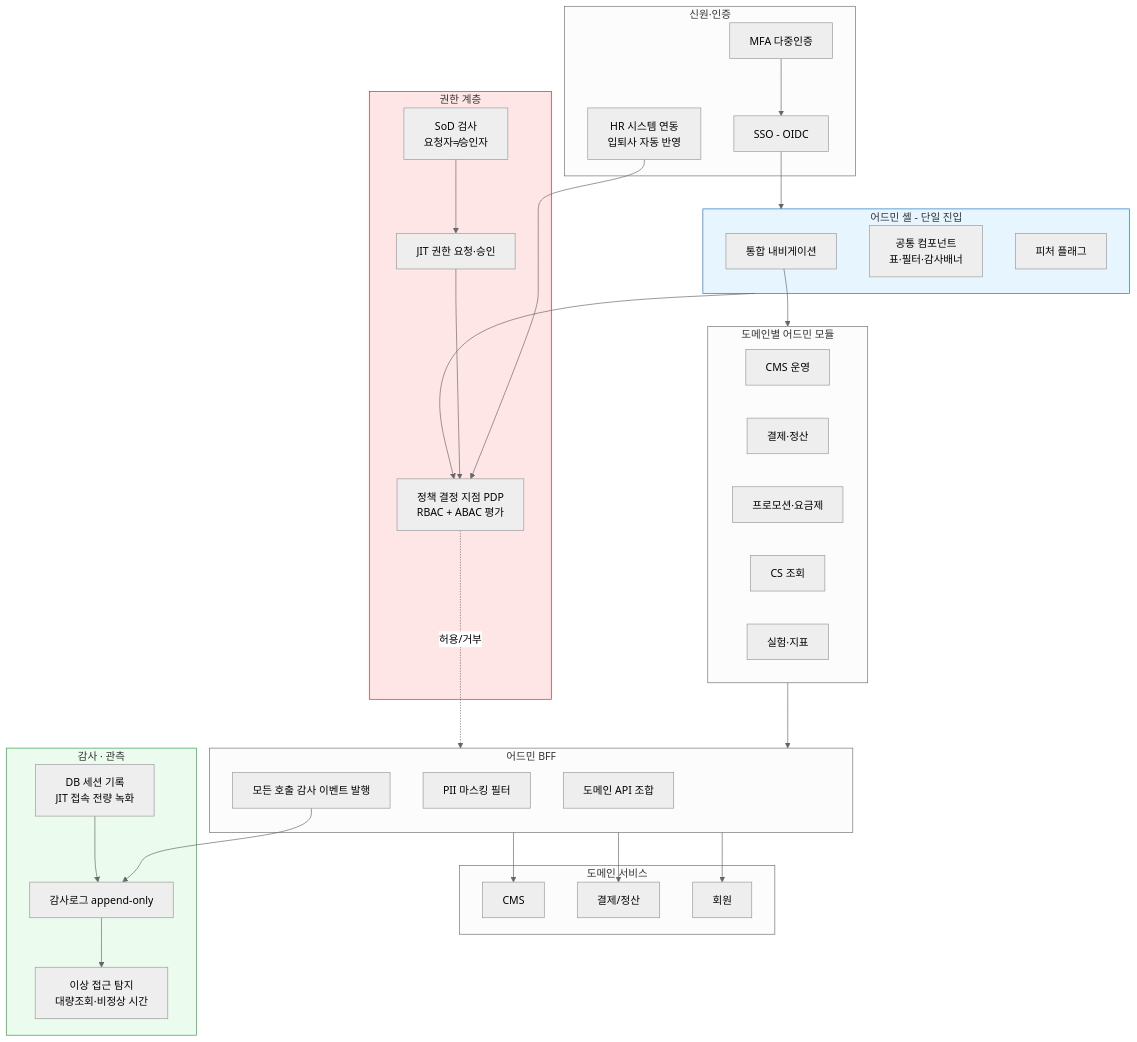
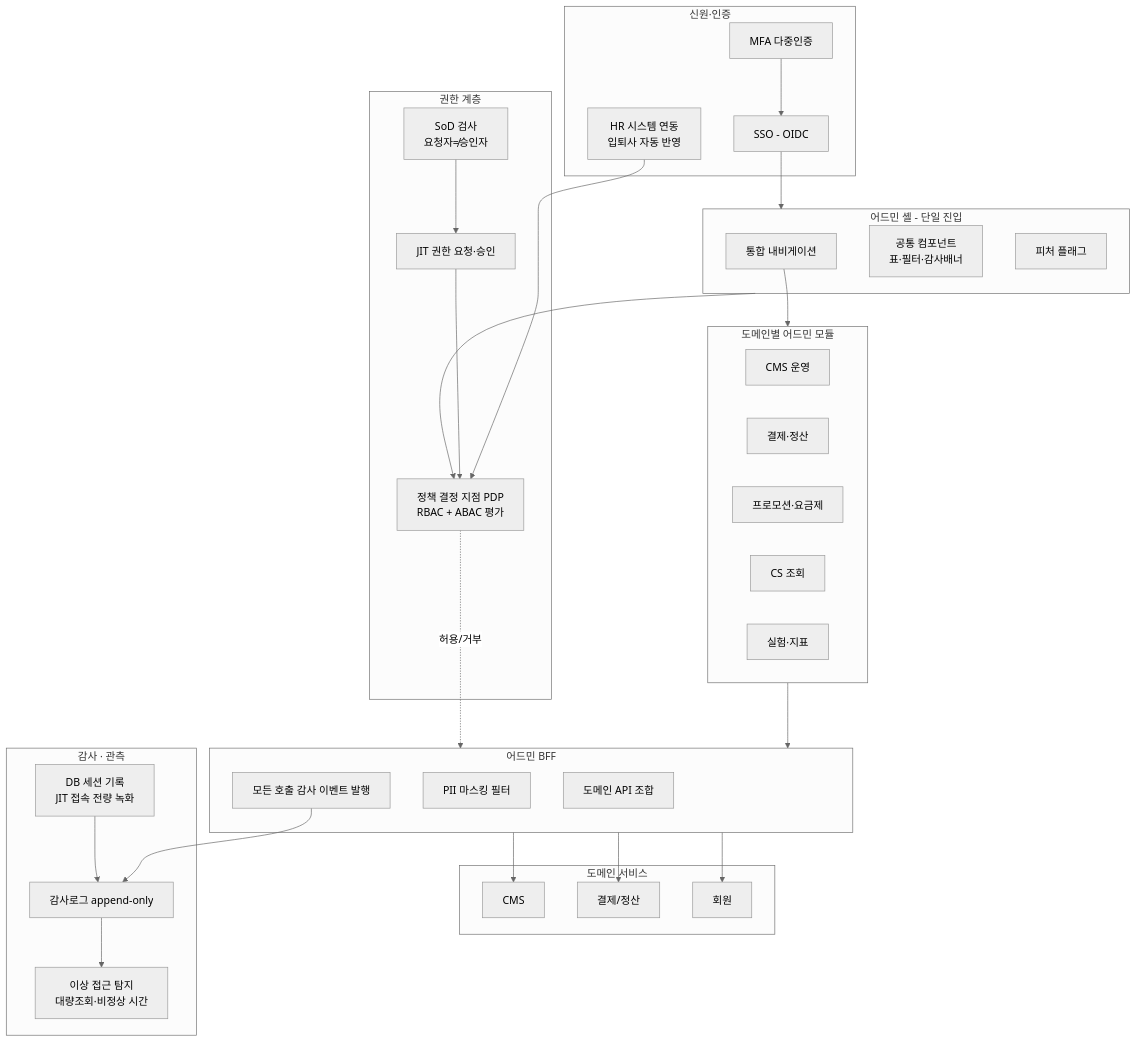
One commit to withwooyong/withwooyong.github.io changed the second of 13 diagrams in pages/product-lead-loadmap/03_공통어드민.md. Above: the diagram before and after it, drawn with Mermaid (neutral theme). The commit also changed other lines of this file and 16 other files, not shown here.

````diff
--- a/pages/product-lead-loadmap/03_공통어드민.md
+++ b/pages/product-lead-loadmap/03_공통어드민.md
@@ -228,70 +131,66 @@
 ```mermaid
-flowchart TB
+flowchart TD
     subgraph IDP["신원·인증"]
         I1["SSO - OIDC"]
         I2["MFA 다중인증"]
         I3["HR 시스템 연동<br/>입퇴사 자동 반영"]
     end
 
     subgraph GATE["권한 계층"]
         G1["정책 결정 지점 PDP<br/>RBAC + ABAC 평가"]
         G2["JIT 권한 요청·승인"]
         G3["SoD 검사<br/>요청자≠승인자"]
     end
 
     subgraph SHELL["어드민 셸 - 단일 진입"]
         S1["통합 내비게이션"]
         S2["공통 컴포넌트<br/>표·필터·감사배너"]
         S3["피처 플래그"]
     end
 
     subgraph MFE["도메인별 어드민 모듈"]
         M1["CMS 운영"]
         M2["결제·정산"]
         M3["프로모션·요금제"]
         M4["CS 조회"]
         M5["실험·지표"]
     end
 
     subgraph BFF["어드민 BFF"]
         B1["도메인 API 조합"]
         B2["PII 마스킹 필터"]
         B3["모든 호출 감사 이벤트 발행"]
     end
 
     subgraph DOM["도메인 서비스"]
         D1["CMS"]
         D2["결제/정산"]
         D3["회원"]
     end
 
     subgraph AUD["감사 · 관측"]
         A1["감사로그 append-only"]
         A2["이상 접근 탐지<br/>대량조회·비정상 시간"]
         A3["DB 세션 기록<br/>JIT 접속 전량 녹화"]
     end
 
     I1 --> SHELL
     I2 --> I1
     I3 --> G1
 
     SHELL --> G1
     G2 --> G1
     G3 --> G2
 
     S1 --> MFE
     MFE --> BFF
     G1 -.허용/거부.-> BFF
 
     BFF --> D1
     BFF --> D2
     BFF --> D3
 
     B3 --> A1
     A1 --> A2
     A3 --> A1
-
-    style GATE fill:#ffe6e6,stroke:#c92a2a
-    style AUD fill:#ebfbee,stroke:#2f9e44
-    style SHELL fill:#e7f5ff,stroke:#1971c2
 ```
````
